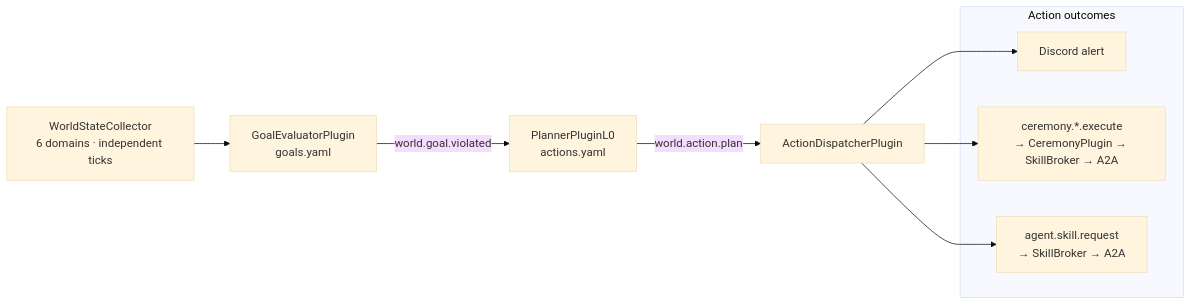
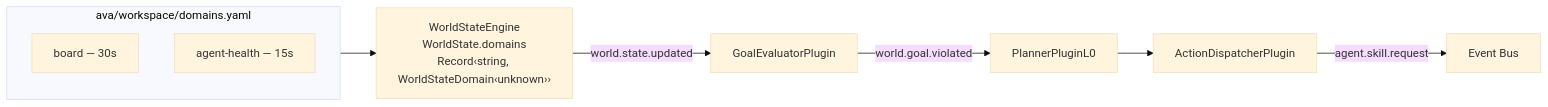
One commit to protoLabsAI/protoWorkstacean changed the second of 2 diagrams in docs/explanation/architecture.md. Above: the diagram before and after it, drawn with Mermaid (base theme). The commit also changed other lines of this file and 117 other files, not shown here.

````diff
--- a/docs/explanation/architecture.md
+++ b/docs/explanation/architecture.md
@@ -142,18 +137,13 @@
 ```mermaid
 flowchart LR
-    WSC["WorldStateCollector\n6 domains · independent ticks"]
-    GEP["GoalEvaluatorPlugin\ngoals.yaml"]
-    PL0["PlannerPluginL0\nactions.yaml"]
-    ADP["ActionDispatcherPlugin"]
-
-    subgraph Outcomes["Action outcomes"]
-        DISC["Discord alert"]
-        CER["ceremony.*.execute\n→ CeremonyPlugin → SkillBroker → A2A"]
-        SKILL["agent.skill.request\n→ SkillBroker → A2A"]
+    subgraph Domains["ava/workspace/domains.yaml"]
+        D1["board — 30s"]
+        D2["agent-health — 15s"]
     end
 
-    WSC --> GEP
-    GEP -- "world.goal.violated" --> PL0
-    PL0 -- "world.action.plan" --> ADP
-    ADP --> DISC & CER & SKILL
+    Domains --> WSE["WorldStateEngine\nWorldState.domains\nRecord‹string, WorldStateDomain‹unknown››"]
+    WSE -- "world.state.updated" --> GEP["GoalEvaluatorPlugin"]
+    GEP -- "world.goal.violated" --> PL0["PlannerPluginL0"]
+    PL0 --> ADP["ActionDispatcherPlugin"]
+    ADP -- "agent.skill.request" --> BUS["Event Bus"]
 ```
````
